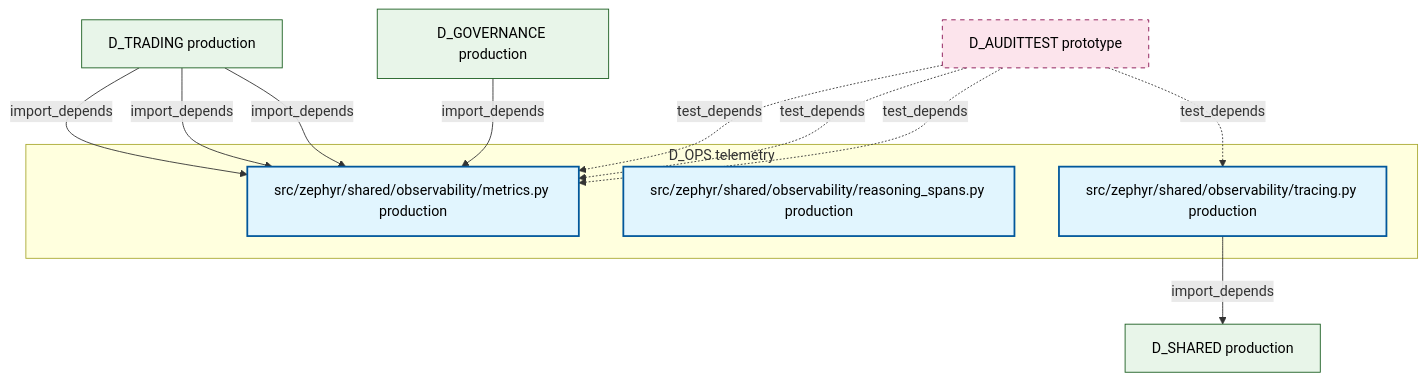
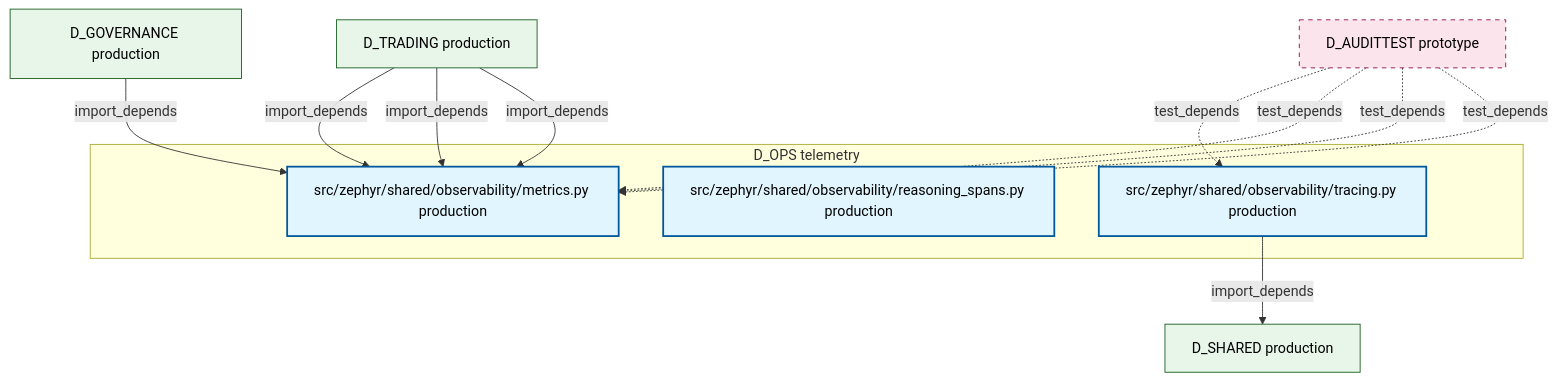
Before and after one commit to xuanFelixVan/ZephyrAlpha: the diagram in docs/02_enterprise_architecture/02_domain_architecture_docs/15_d_ops.md, drawn with Mermaid. The commit also changed other lines of this file and 99 other files, not shown here.

````diff
--- a/docs/02_enterprise_architecture/02_domain_architecture_docs/15_d_ops.md
+++ b/docs/02_enterprise_architecture/02_domain_architecture_docs/15_d_ops.md
@@ -47,28 +47,28 @@
 ```mermaid
 graph TD
     subgraph D_OPS["D_OPS telemetry"]
         src_zephyr_shared_observability_metrics_py["src/zephyr/shared/observability/metrics.py production"]
         src_zephyr_shared_observability_reasoning_spans_py["src/zephyr/shared/observability/reasoning_spans.py production"]
         src_zephyr_shared_observability_tracing_py["src/zephyr/shared/observability/tracing.py production"]
     end
     D_SHARED["D_SHARED production"]
     src_zephyr_shared_observability_tracing_py -->|import_depends| D_SHARED
+    D_AUDITTEST["D_AUDITTEST prototype"]
+    D_AUDITTEST -.->|test_depends| src_zephyr_shared_observability_tracing_py
     D_TRADING["D_TRADING production"]
     D_TRADING -->|import_depends| src_zephyr_shared_observability_metrics_py
     D_TRADING -->|import_depends| src_zephyr_shared_observability_metrics_py
-    D_AUDITTEST["D_AUDITTEST prototype"]
-    D_AUDITTEST -.->|test_depends| src_zephyr_shared_observability_metrics_py
     D_GOVERNANCE["D_GOVERNANCE production"]
     D_GOVERNANCE -->|import_depends| src_zephyr_shared_observability_metrics_py
     D_AUDITTEST -.->|test_depends| src_zephyr_shared_observability_metrics_py
     D_AUDITTEST -.->|test_depends| src_zephyr_shared_observability_metrics_py
+    D_AUDITTEST -.->|test_depends| src_zephyr_shared_observability_metrics_py
     D_TRADING -->|import_depends| src_zephyr_shared_observability_metrics_py
-    D_AUDITTEST -.->|test_depends| src_zephyr_shared_observability_tracing_py
     classDef production fill:#e1f5fe,stroke:#01579b,stroke-width:2px,color:#000
     classDef design fill:#fff3e0,stroke:#e65100,stroke-width:2px,color:#000,stroke-dasharray: 5 5
     classDef external_prod fill:#e8f5e9,stroke:#1b5e20,stroke-width:1px,color:#000
     classDef external_design fill:#fce4ec,stroke:#880e4f,stroke-width:1px,color:#000,stroke-dasharray: 5 5
     class src_zephyr_shared_observability_metrics_py,src_zephyr_shared_observability_reasoning_spans_py,src_zephyr_shared_observability_tracing_py production
     class D_SHARED,D_TRADING,D_GOVERNANCE external_prod
     class D_AUDITTEST external_design
 ```
````
